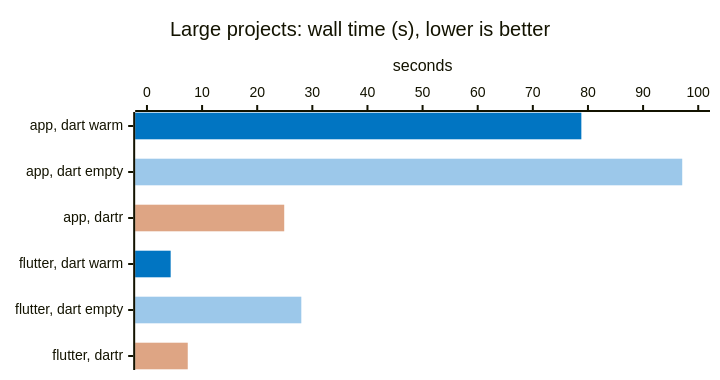
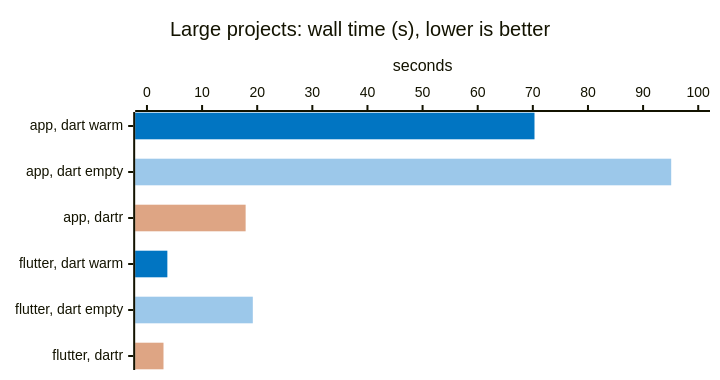
Before and after one commit to orestesgaolin/dartr: the first of 2 diagrams in README.md, drawn with Mermaid. The commit also changed other lines of this file and 2 other files, not shown here.

````diff
--- a/README.md
+++ b/README.md
@@ -142,18 +142,18 @@
 ```mermaid
 ---
 config:
   xyChart:
     height: 360
   themeVariables:
     xyChart:
       plotColorPalette: "#0175C2, #9CC8EA, #DEA584"
 ---
 xychart-beta horizontal
     %% -100 = no bar: one series per measurement gives each its own color
     title "Large projects: wall time (s), lower is better"
     x-axis ["app, dart warm", "app, dart empty", "app, dartr", "flutter, dart warm", "flutter, dart empty", "flutter, dartr"]
     y-axis "seconds" 0 --> 100
-    bar [78.8, -100, -100, 4.3, -100, -100]
-    bar [-100, 97.1, -100, -100, 28, -100]
-    bar [-100, -100, 24.9, -100, -100, 7.4]
+    bar [70.3, -100, -100, 3.7, -100, -100]
+    bar [-100, 95.1, -100, -100, 19.2, -100]
+    bar [-100, -100, 17.9, -100, -100, 3]
 ```
````
